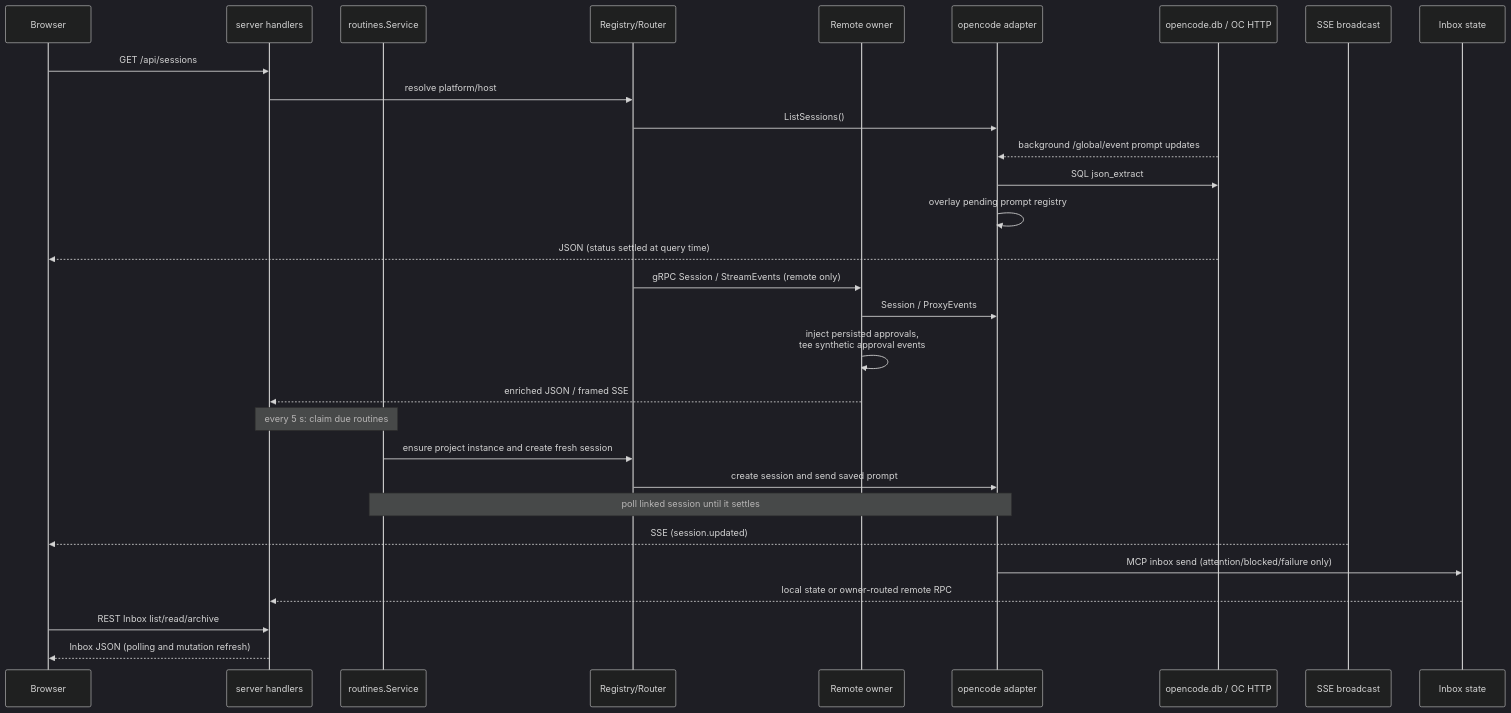
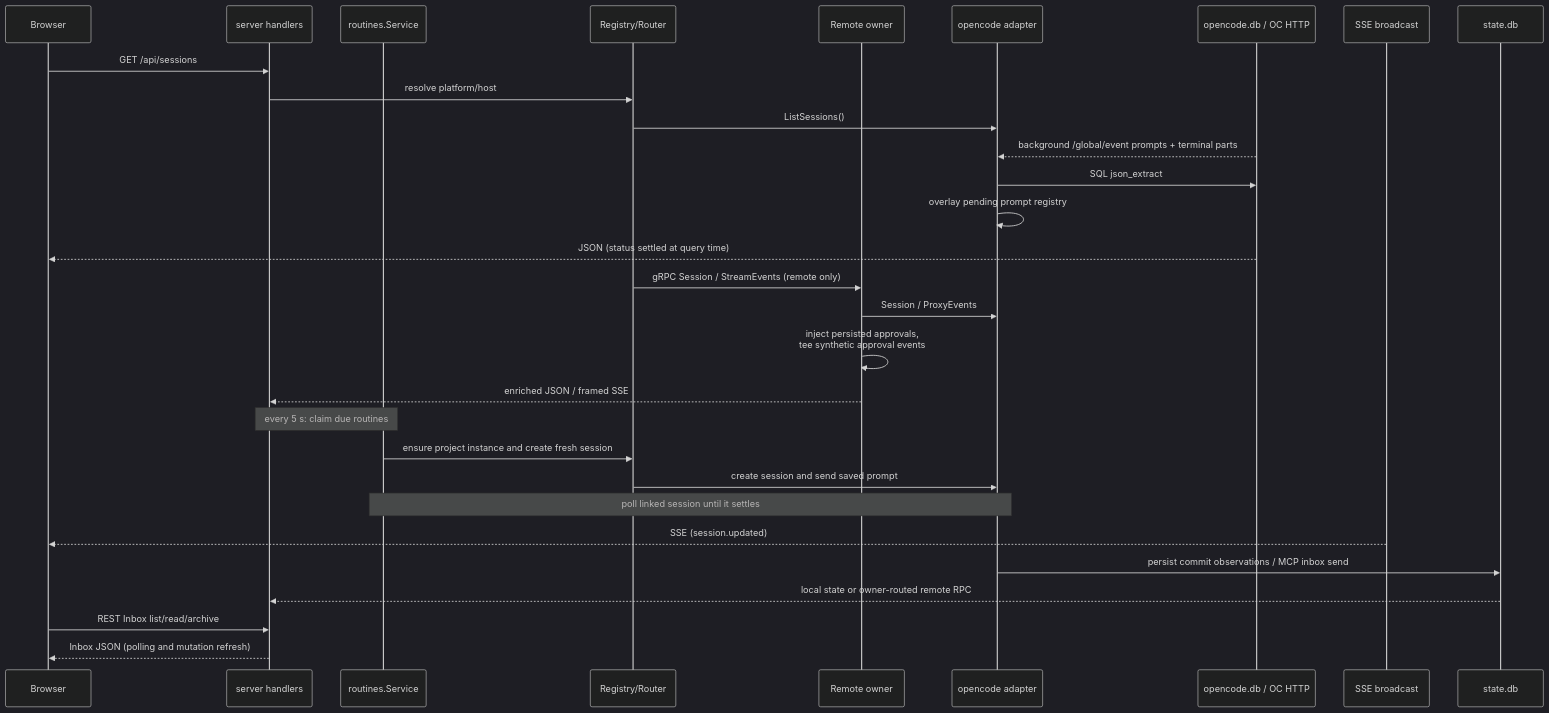
The fourth of 5 diagrams in docs/other/architecture.md (ocman/ocman), drawn with Mermaid (dark theme) before and after one commit. The commit also changed other lines of this file and 24 other files, not shown here.

````diff
--- a/docs/other/architecture.md
+++ b/docs/other/architecture.md
@@ -201,33 +203,33 @@
 ```mermaid
 sequenceDiagram
     participant B as Browser
     participant S as server handlers
     participant Q as routines.Service
     participant R as Registry/Router
     participant O as Remote owner
     participant A as opencode adapter
     participant D as opencode.db / OC HTTP
     participant E as SSE broadcast
-    participant I as Inbox state
+    participant I as state.db
 
     B->>S: GET /api/sessions
     S->>R: resolve platform/host
     R->>A: ListSessions()
-    D-->>A: background /global/event prompt updates
+    D-->>A: background /global/event prompts + terminal parts
     A->>D: SQL json_extract
     A->>A: overlay pending prompt registry
     D-->>B: JSON (status settled at query time)
     R->>O: gRPC Session / StreamEvents (remote only)
     O->>A: Session / ProxyEvents
      O->>O: inject persisted approvals,<br/>tee synthetic approval events
      O-->>S: enriched JSON / framed SSE
     Note over S,Q: every 5 s: claim due routines
     Q->>R: ensure project instance and create fresh session
     R->>A: create session and send saved prompt
     Note over Q,A: poll linked session until it settles
     E-->>B: SSE (session.updated)
-    A->>I: MCP inbox send (attention/blocked/failure only)
+    A->>I: persist commit observations / MCP inbox send
     I-->>S: local state or owner-routed remote RPC
     B->>S: REST Inbox list/read/archive
     S-->>B: Inbox JSON (polling and mutation refresh)
 ```
````
